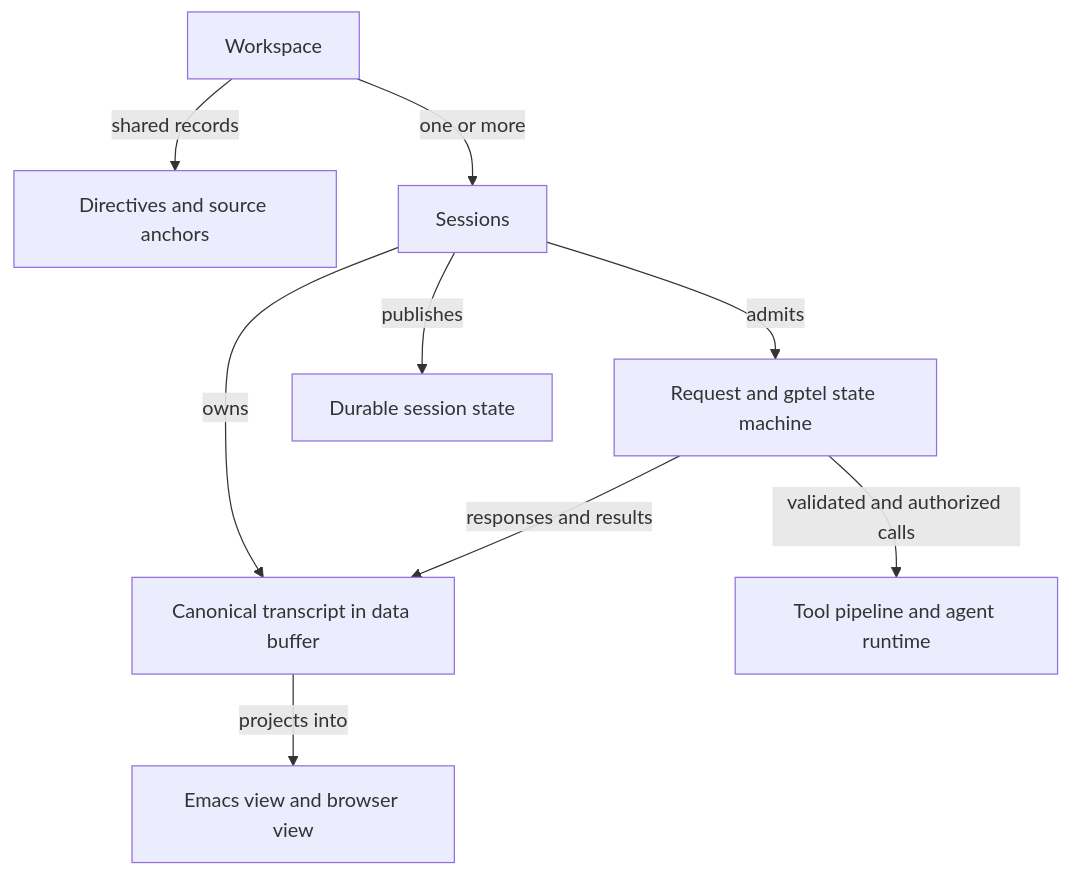
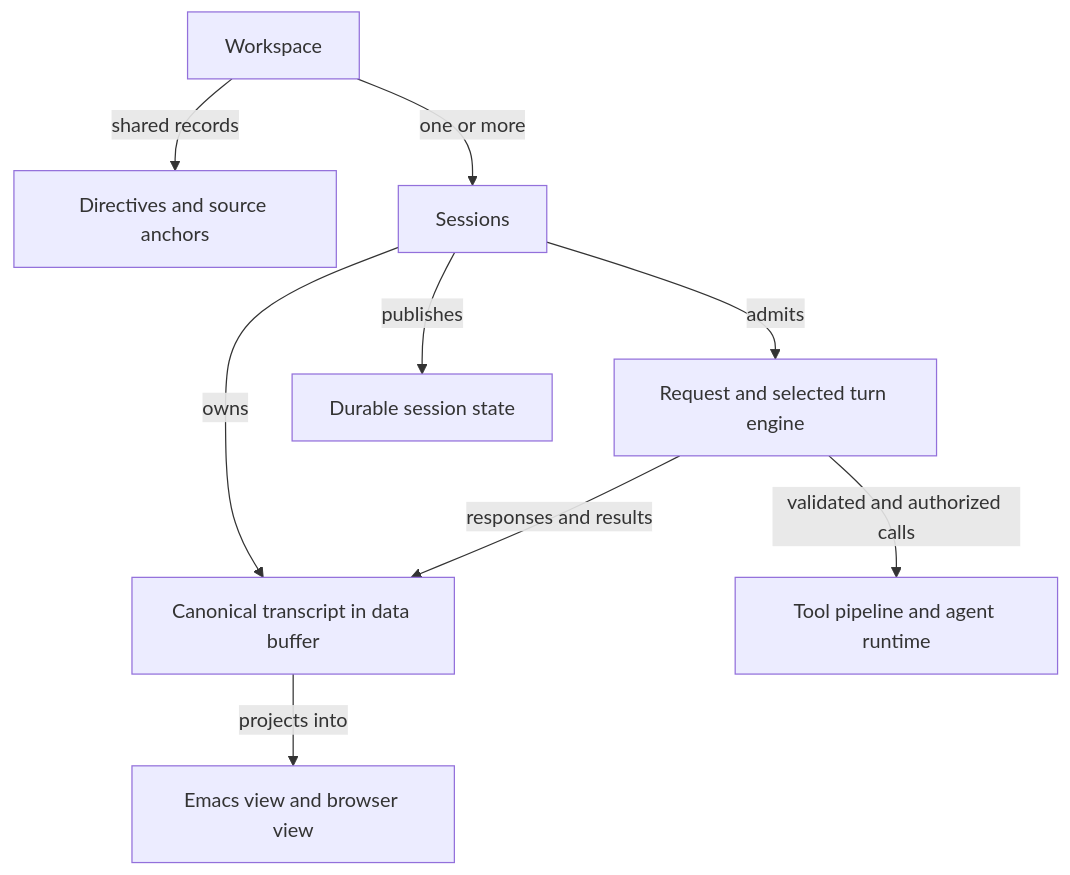
Before and after one commit to FrauH0lle/mevedel: the diagram in docs/architecture.md, drawn with Mermaid. The commit also changed other lines of this file and 150 other files, not shown here.

````diff
--- a/docs/architecture.md
+++ b/docs/architecture.md
@@ -7,11 +7,11 @@
 ```mermaid
 flowchart TD
     W[Workspace] -->|shared records| D[Directives and source anchors]
     W -->|one or more| S[Sessions]
     S -->|owns| T[Canonical transcript in data buffer]
-    S -->|admits| R[Request and gptel state machine]
+    S -->|admits| R[Request and selected turn engine]
     R -->|validated and authorized calls| X[Tool pipeline and agent runtime]
     R -->|responses and results| T
     T -->|projects into| V[Emacs view and browser view]
     S -->|publishes| P[Durable session state]
 ```
````
